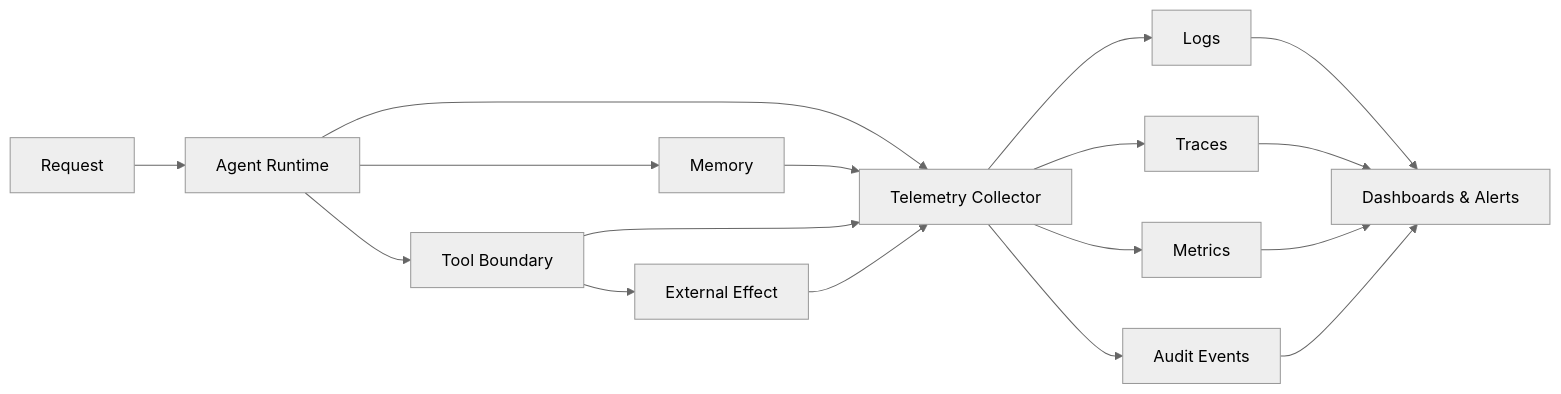
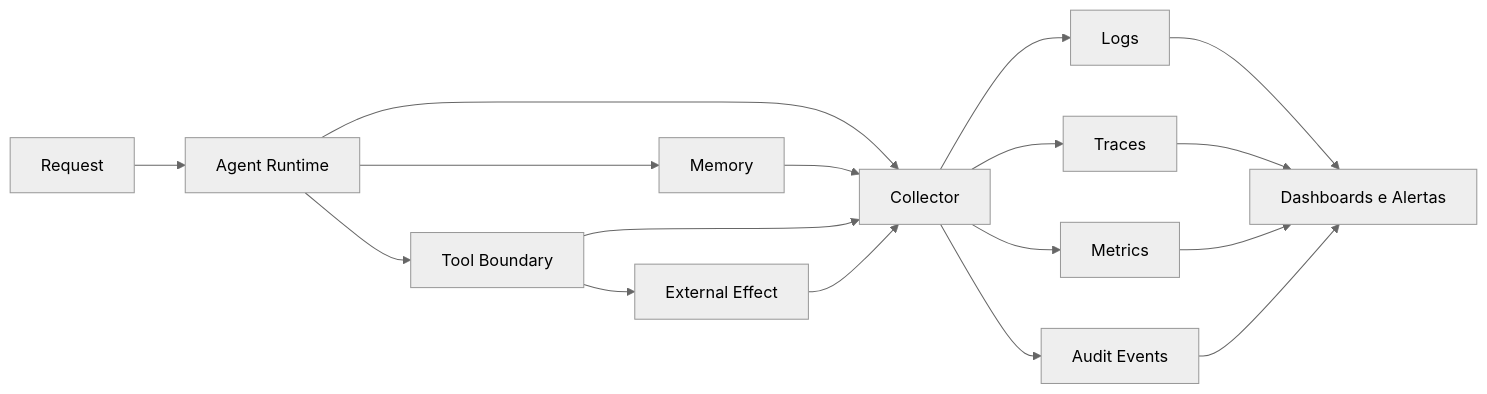
One commit to matheusflorindo32/nexus-agent-engineering-academy changed the diagram in course/modules/10-observability-engineering/README.md. Above: the diagram before and after it, drawn with Mermaid (neutral theme). The commit also changed other lines of this file, not shown here.

````diff
--- a/course/modules/10-observability-engineering/README.md
+++ b/course/modules/10-observability-engineering/README.md
@@ -120,19 +100,19 @@
 ```mermaid
 flowchart LR
     R[Request] --> A[Agent Runtime]
     A --> M[Memory]
     A --> T[Tool Boundary]
     T --> E[External Effect]
-    A --> C[Telemetry Collector]
+    A --> C[Collector]
     M --> C
     T --> C
     E --> C
     C --> L[Logs]
     C --> X[Traces]
     C --> Q[Metrics]
     C --> U[Audit Events]
-    L --> D[Dashboards & Alerts]
+    L --> D[Dashboards e Alertas]
     X --> D
     Q --> D
     U --> D
 ```
````
